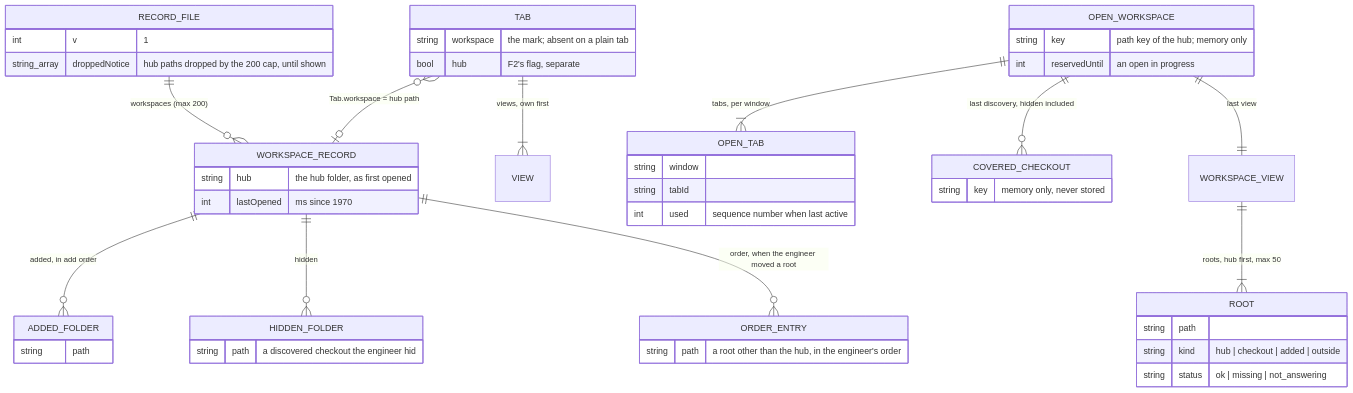
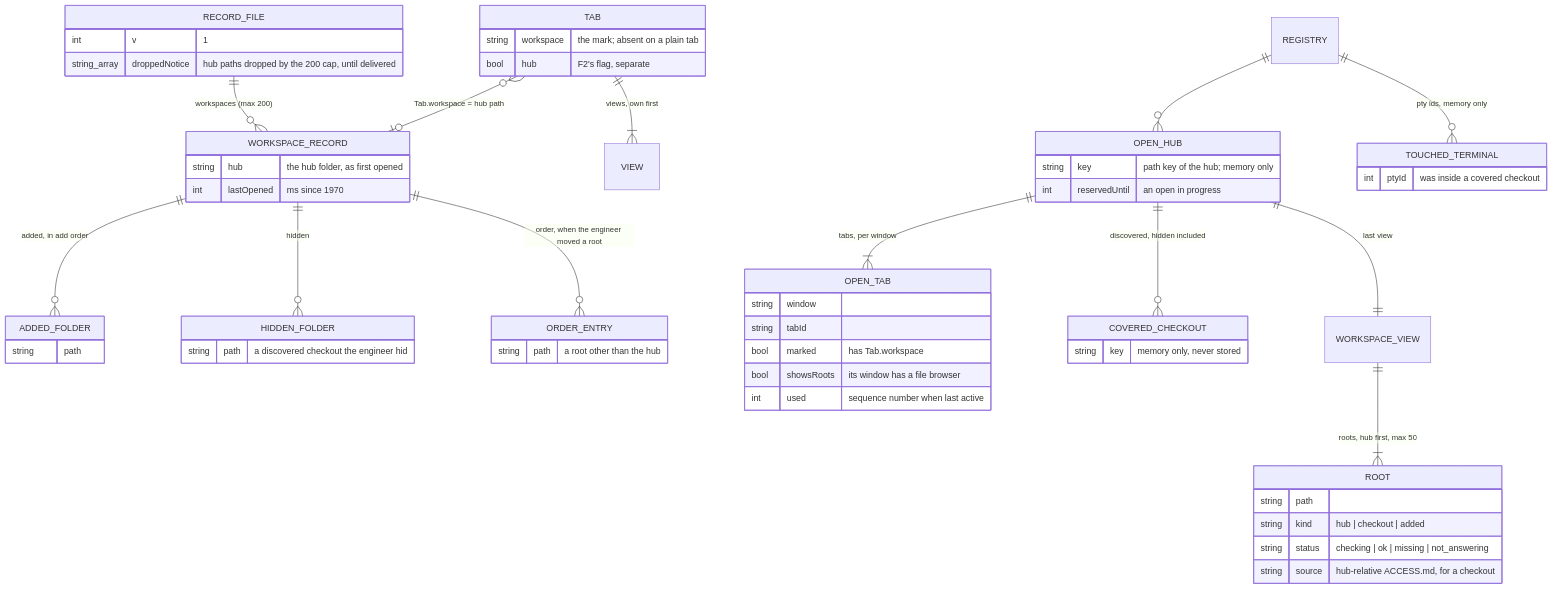
One commit to alvin-reyes/better-agentic-ide changed the second of 2 diagrams in docs/superpowers/specs/2026-11-15-workspaces-design.md. Above: the diagram before and after it, drawn with Mermaid. The commit also changed other lines of this file and 2 other files, not shown here.

````diff
--- a/docs/superpowers/specs/2026-11-15-workspaces-design.md
+++ b/docs/superpowers/specs/2026-11-15-workspaces-design.md
@@ -152,43 +166,49 @@
 ```mermaid
 erDiagram
   RECORD_FILE ||--o{ WORKSPACE_RECORD : "workspaces (max 200)"
   WORKSPACE_RECORD ||--o{ ADDED_FOLDER : "added, in add order"
   WORKSPACE_RECORD ||--o{ HIDDEN_FOLDER : "hidden"
   WORKSPACE_RECORD ||--o{ ORDER_ENTRY : "order, when the engineer moved a root"
   TAB }o--o| WORKSPACE_RECORD : "Tab.workspace = hub path"
   TAB ||--|{ VIEW : "views, own first"
-  OPEN_WORKSPACE ||--|{ OPEN_TAB : "tabs, per window"
-  OPEN_WORKSPACE ||--o{ COVERED_CHECKOUT : "last discovery, hidden included"
-  OPEN_WORKSPACE ||--|| WORKSPACE_VIEW : "last view"
+  OPEN_HUB ||--|{ OPEN_TAB : "tabs, per window"
+  OPEN_HUB ||--o{ COVERED_CHECKOUT : "discovered, hidden included"
+  OPEN_HUB ||--|| WORKSPACE_VIEW : "last view"
   WORKSPACE_VIEW ||--|{ ROOT : "roots, hub first, max 50"
+  REGISTRY ||--o{ OPEN_HUB : ""
+  REGISTRY ||--o{ TOUCHED_TERMINAL : "pty ids, memory only"
   RECORD_FILE {
     int v "1"
-    string_array droppedNotice "hub paths dropped by the 200 cap, until shown"
+    string_array droppedNotice "hub paths dropped by the 200 cap, until delivered"
   }
   WORKSPACE_RECORD {
     string hub "the hub folder, as first opened"
     int lastOpened "ms since 1970"
   }
   ADDED_FOLDER { string path }
   HIDDEN_FOLDER { string path "a discovered checkout the engineer hid" }
-  ORDER_ENTRY { string path "a root other than the hub, in the engineer's order" }
+  ORDER_ENTRY { string path "a root other than the hub" }
   TAB {
     string workspace "the mark; absent on a plain tab"
     bool hub "F2's flag, separate"
   }
-  OPEN_WORKSPACE {
+  OPEN_HUB {
     string key "path key of the hub; memory only"
     int reservedUntil "an open in progress"
   }
   OPEN_TAB {
     string window
     string tabId
+    bool marked "has Tab.workspace"
+    bool showsRoots "its window has a file browser"
     int used "sequence number when last active"
   }
   COVERED_CHECKOUT { string key "memory only, never stored" }
+  TOUCHED_TERMINAL { int ptyId "was inside a covered checkout" }
   ROOT {
     string path
-    string kind "hub | checkout | added | outside"
-    string status "ok | missing | not_answering"
+    string kind "hub | checkout | added"
+    string status "checking | ok | missing | not_answering"
+    string source "hub-relative ACCESS.md, for a checkout"
   }
 ```
````
